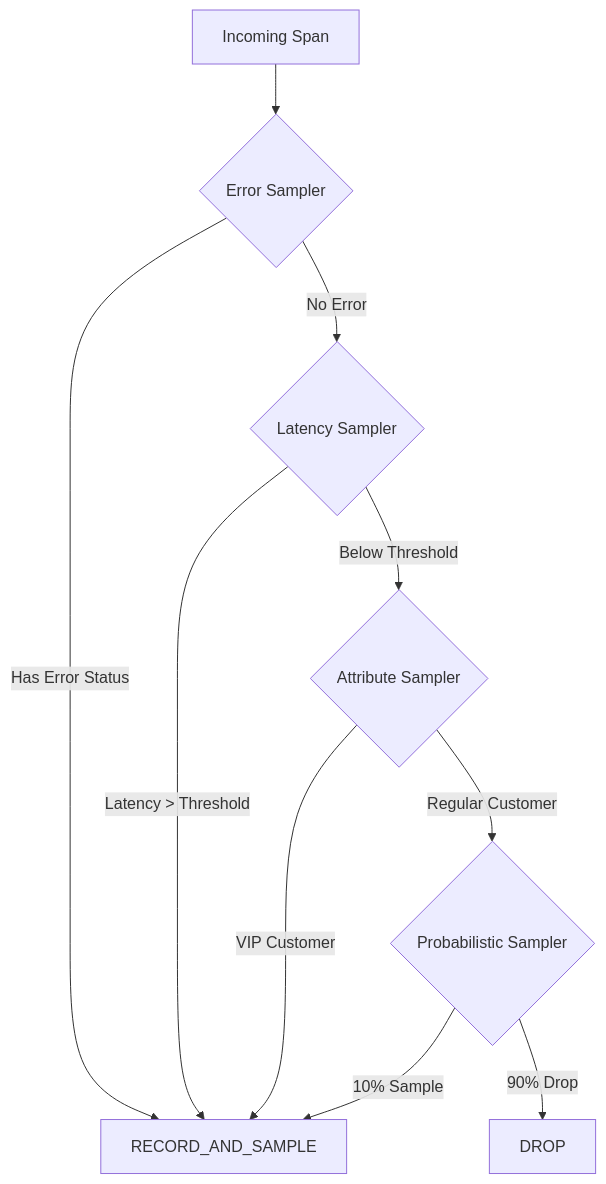
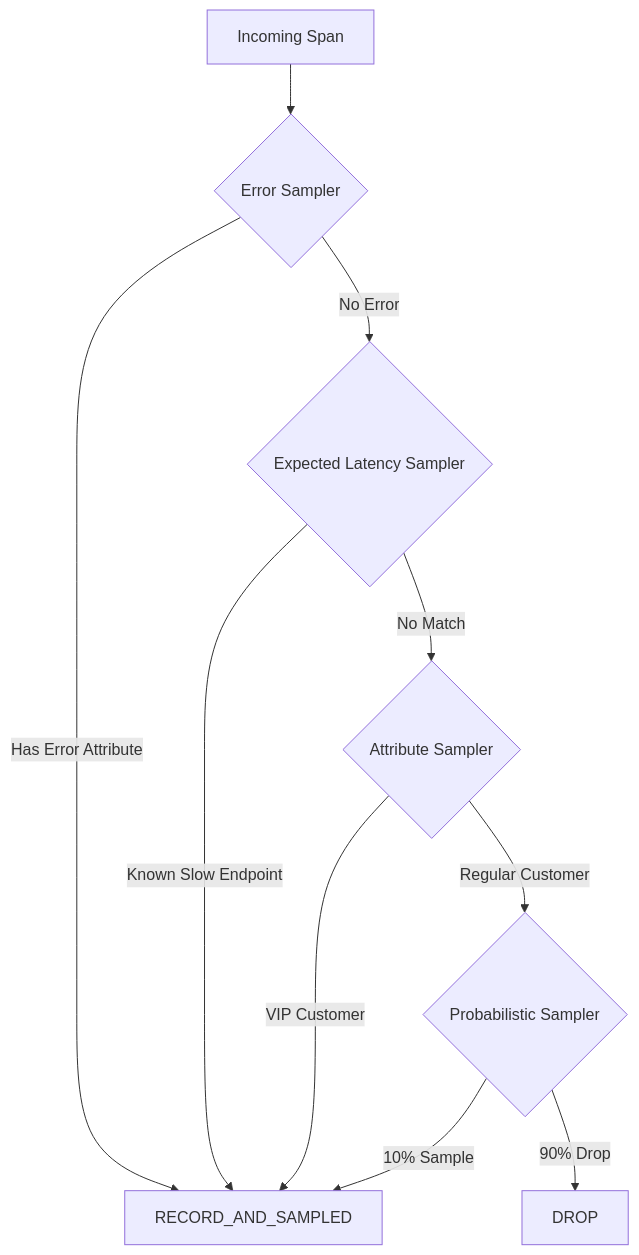
One commit to OneUptime/blog changed the first of 3 diagrams in posts/2026-01-30-composite-sampling/README.md. Above: the diagram before and after it, drawn with Mermaid. The commit also changed other lines of this file and 2 other files, not shown here.

````diff
--- a/posts/2026-01-30-composite-sampling/README.md
+++ b/posts/2026-01-30-composite-sampling/README.md
@@ -34,12 +34,12 @@
 ```mermaid
 flowchart TD
     A[Incoming Span] --> B{Error Sampler}
-    B -->|Has Error Status| C[RECORD_AND_SAMPLE]
-    B -->|No Error| D{Latency Sampler}
-    D -->|Latency > Threshold| C
-    D -->|Below Threshold| E{Attribute Sampler}
+    B -->|Has Error Attribute| C[RECORD_AND_SAMPLED]
+    B -->|No Error| D{Expected Latency Sampler}
+    D -->|Known Slow Endpoint| C
+    D -->|No Match| E{Attribute Sampler}
     E -->|VIP Customer| C
     E -->|Regular Customer| F{Probabilistic Sampler}
     F -->|10% Sample| C
     F -->|90% Drop| G[DROP]
 ```
````
